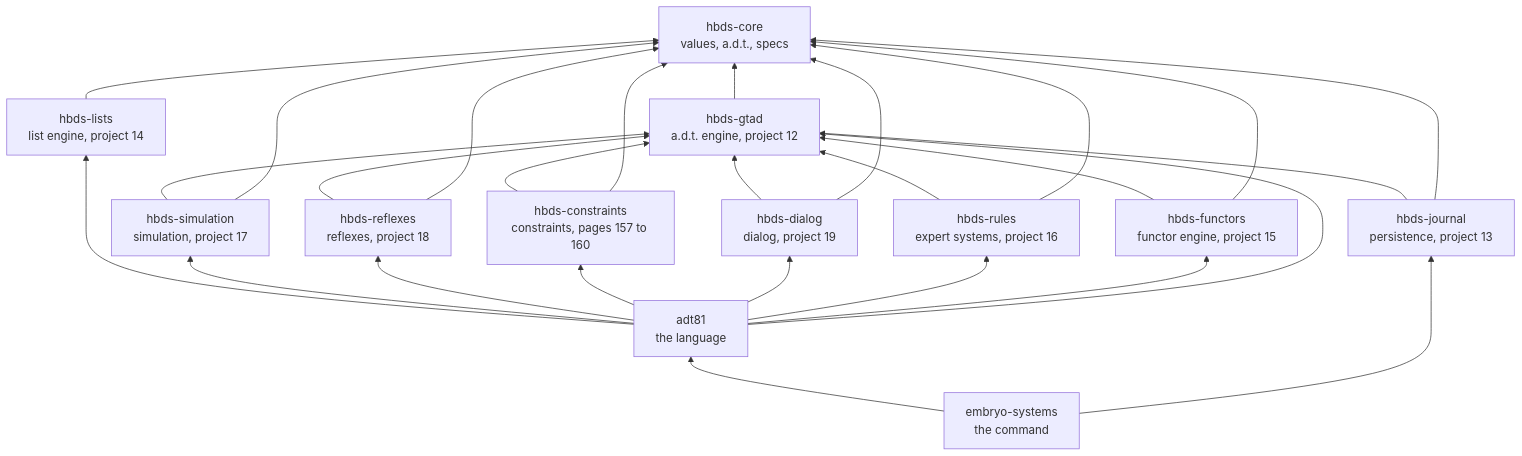
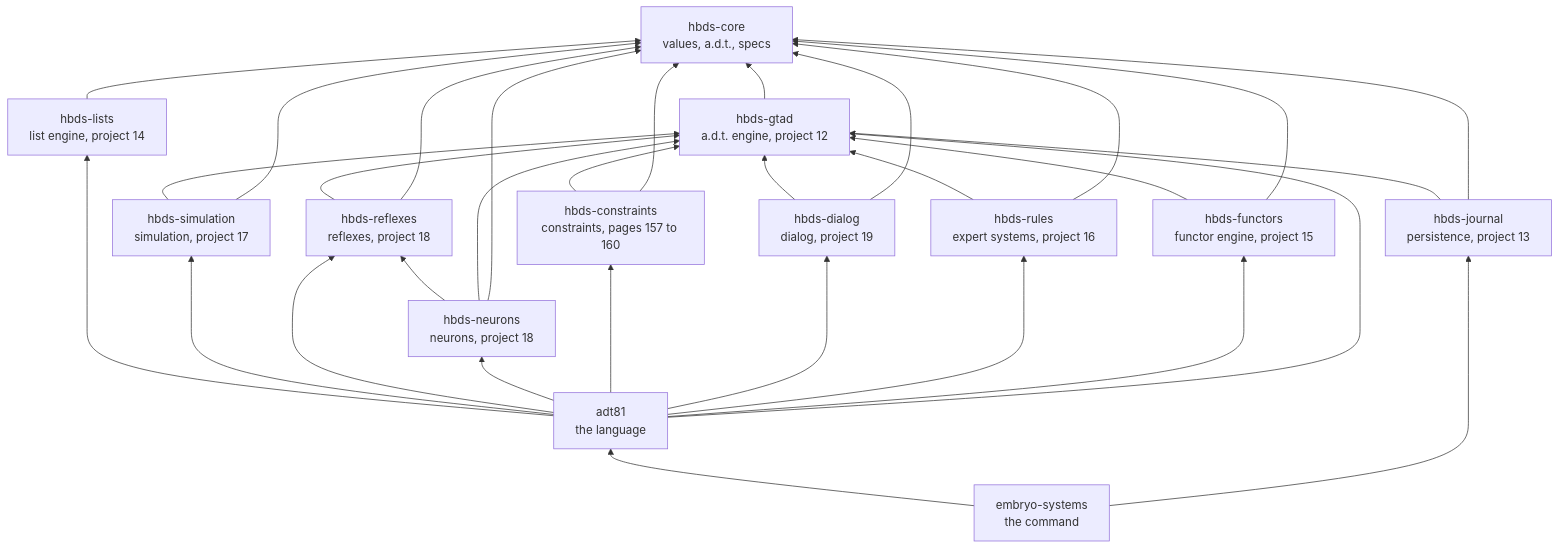
The second of 2 diagrams in README.md (nrdufour/embryo-systems), drawn with Mermaid before and after one commit. The commit also changed other lines of this file and 18 other files, not shown here.

First line of the commit message:
neurons: figure 58's NEURON, a reflex that stores, saturates and learns

````diff
--- a/README.md
+++ b/README.md
@@ -90,30 +92,34 @@
 ```mermaid
 flowchart BT
     core["hbds-core<br/>values, a.d.t., specs"]
     lists["hbds-lists<br/>list engine, project 14"] --> core
     gtad["hbds-gtad<br/>a.d.t. engine, project 12"] --> core
     functors["hbds-functors<br/>functor engine, project 15"] --> gtad
     functors --> core
     journal["hbds-journal<br/>persistence, project 13"] --> gtad
     journal --> core
     rules["hbds-rules<br/>expert systems, project 16"] --> gtad
     rules --> core
     sim["hbds-simulation<br/>simulation, project 17"] --> gtad
     sim --> core
     reflexes["hbds-reflexes<br/>reflexes, project 18"] --> gtad
     reflexes --> core
+    neurons["hbds-neurons<br/>neurons, project 18"] --> reflexes
+    neurons --> gtad
+    neurons --> core
     constraints["hbds-constraints<br/>constraints, pages 157 to 160"] --> gtad
     constraints --> core
     dialog["hbds-dialog<br/>dialog, project 19"] --> gtad
     dialog --> core
     adt81["adt81<br/>the language"] --> lists
     adt81 --> sim
     adt81 --> reflexes
+    adt81 --> neurons
     adt81 --> constraints
     adt81 --> dialog
     adt81 --> rules
     adt81 --> functors
     adt81 --> gtad
     cli["embryo-systems<br/>the command"] --> adt81
     cli --> journal
 ```
````
